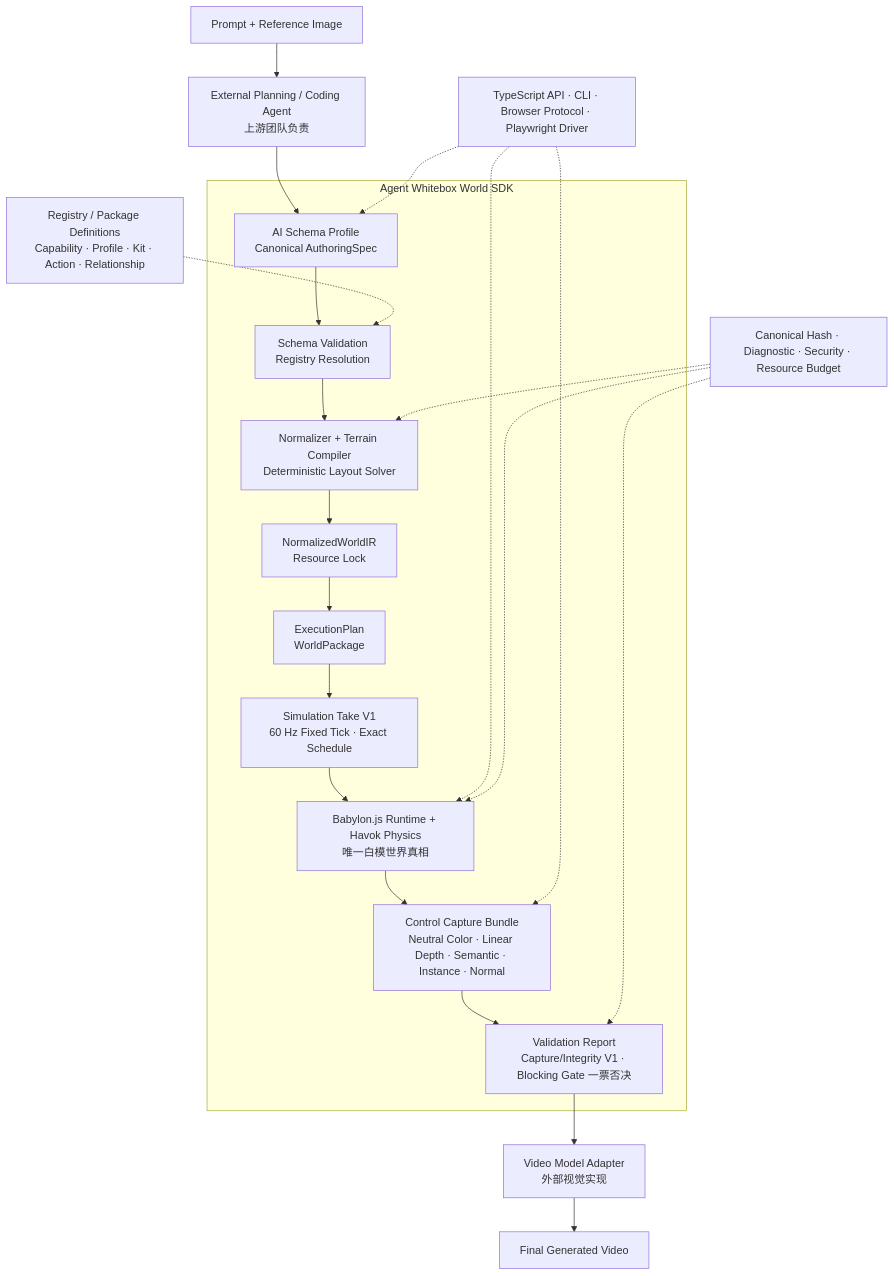
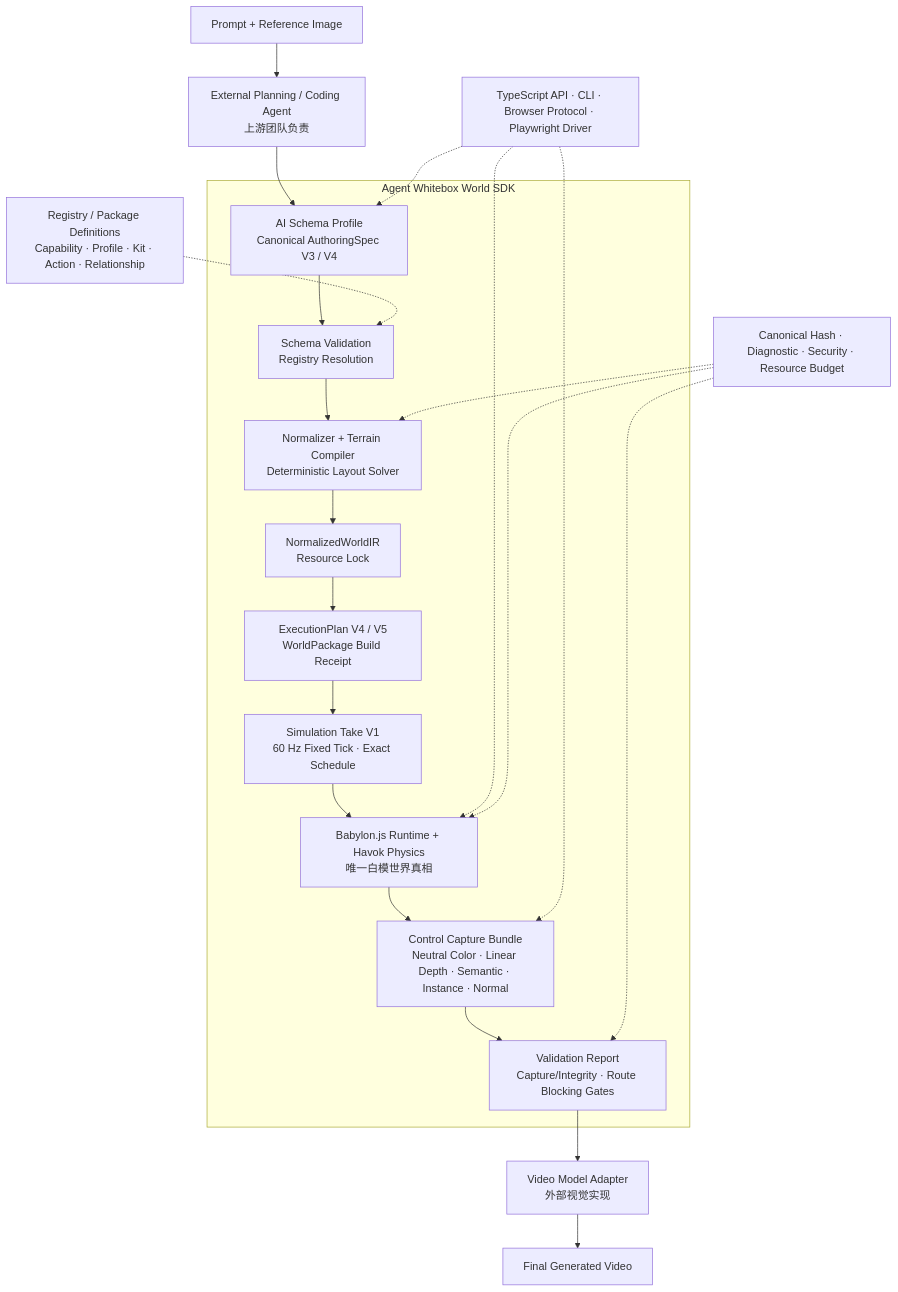
The diagram in README.md (Gjh829803/ceshi), drawn with Mermaid before and after one commit. The commit also changed other lines of this file and 6 other files, not shown here.

````diff
--- a/README.md
+++ b/README.md
@@ -28,30 +31,30 @@
 ```mermaid
 flowchart TB
     INPUT["Prompt + Reference Image"] --> AGENT["External Planning / Coding Agent<br/>上游团队负责"]
 
     subgraph SDK["Agent Whitebox World SDK"]
-        AUTHOR["AI Schema Profile<br/>Canonical AuthoringSpec"]
+        AUTHOR["AI Schema Profile<br/>Canonical AuthoringSpec V3 / V4"]
         VALIDATE["Schema Validation<br/>Registry Resolution"]
         COMPILE["Normalizer + Terrain Compiler<br/>Deterministic Layout Solver"]
         IR["NormalizedWorldIR<br/>Resource Lock"]
-        PACKAGE["ExecutionPlan<br/>WorldPackage"]
+        PACKAGE["ExecutionPlan V4 / V5<br/>WorldPackage Build Receipt"]
         TAKE["Simulation Take V1<br/>60 Hz Fixed Tick · Exact Schedule"]
         RUNTIME["Babylon.js Runtime + Havok Physics<br/>唯一白模世界真相"]
         CAPTURE["Control Capture Bundle<br/>Neutral Color · Linear Depth · Semantic · Instance · Normal"]
-        REPORT["Validation Report<br/>Capture/Integrity V1 · Blocking Gate 一票否决"]
+        REPORT["Validation Report<br/>Capture/Integrity · Route Blocking Gates"]
 
         AUTHOR --> VALIDATE --> COMPILE --> IR --> PACKAGE --> TAKE --> RUNTIME --> CAPTURE --> REPORT
     end
 
     AGENT --> AUTHOR
 
     LEGO["Registry / Package Definitions<br/>Capability · Profile · Kit · Action · Relationship"] -.-> VALIDATE
     TOOLING["TypeScript API · CLI · Browser Protocol · Playwright Driver"] -.-> AUTHOR
     TOOLING -.-> RUNTIME
     TOOLING -.-> CAPTURE
     FOUNDATION["Canonical Hash · Diagnostic · Security · Resource Budget"] -.-> COMPILE
     FOUNDATION -.-> RUNTIME
     FOUNDATION -.-> REPORT
 
     REPORT --> ADAPTER["Video Model Adapter<br/>外部视觉实现"] --> VIDEO["Final Generated Video"]
 ```
````
